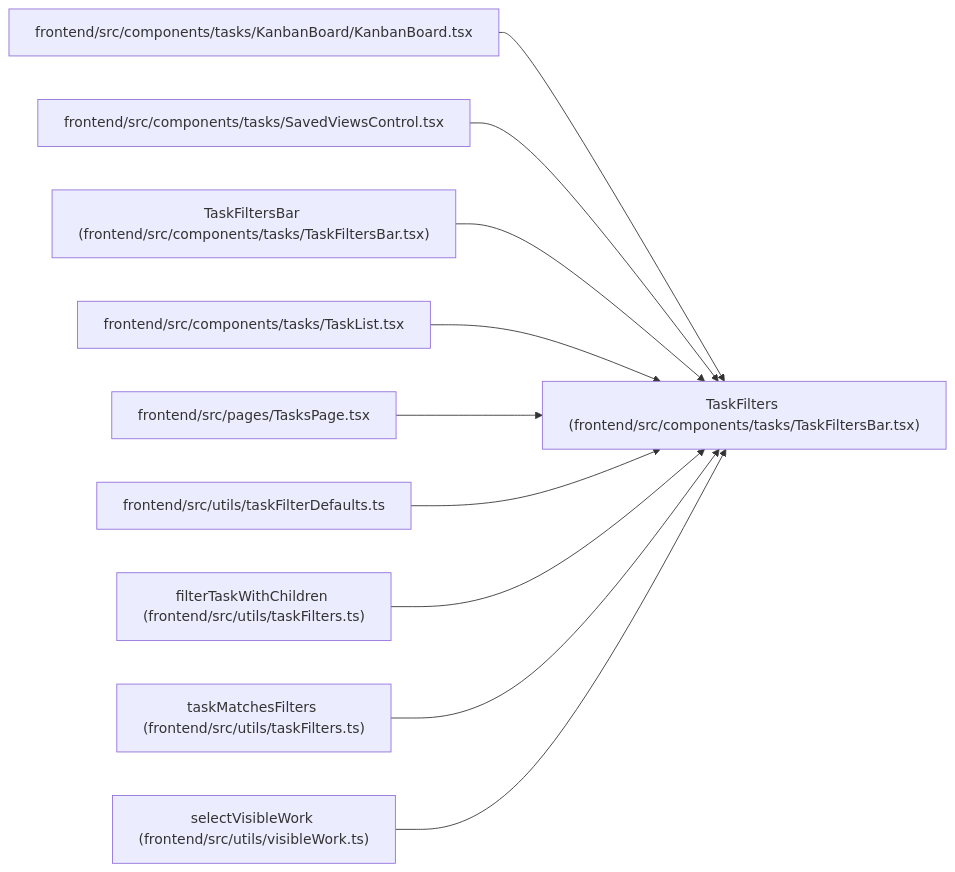
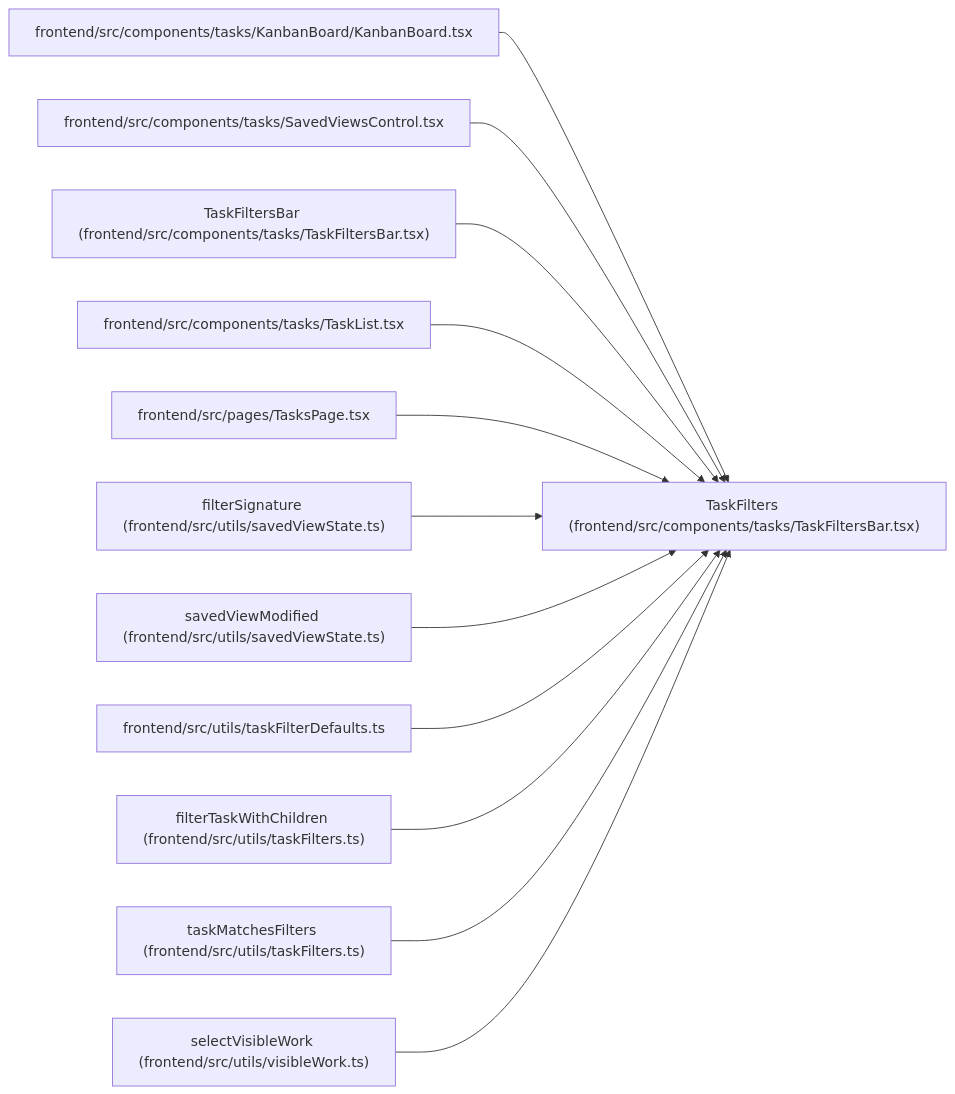
Before and after one commit to Denissvgn/WorkChord: the diagram in docs/llm_wiki/entities/TaskFilters.md, drawn with Mermaid. The commit also changed other lines of this file and 1888 other files, not shown here.

````diff
--- a/docs/llm_wiki/entities/TaskFilters.md
+++ b/docs/llm_wiki/entities/TaskFilters.md
@@ -39,32 +39,38 @@
 ```mermaid
 flowchart LR
     n0["TaskFilters (frontend/src/components/tasks/TaskFiltersBar.tsx)"]
     n1["frontend/src/components/tasks/KanbanBoard/KanbanBoard.tsx"]
     n2["frontend/src/components/tasks/SavedViewsControl.tsx"]
     n3["TaskFiltersBar (frontend/src/components/tasks/TaskFiltersBar.tsx)"]
     n4["frontend/src/components/tasks/TaskList.tsx"]
     n5["frontend/src/pages/TasksPage.tsx"]
-    n6["frontend/src/utils/taskFilterDefaults.ts"]
-    n7["filterTaskWithChildren (frontend/src/utils/taskFilters.ts)"]
-    n8["taskMatchesFilters (frontend/src/utils/taskFilters.ts)"]
-    n9["selectVisibleWork (frontend/src/utils/visibleWork.ts)"]
+    n6["filterSignature (frontend/src/utils/savedViewState.ts)"]
+    n7["savedViewModified (frontend/src/utils/savedViewState.ts)"]
+    n8["frontend/src/utils/taskFilterDefaults.ts"]
+    n9["filterTaskWithChildren (frontend/src/utils/taskFilters.ts)"]
+    n10["taskMatchesFilters (frontend/src/utils/taskFilters.ts)"]
+    n11["selectVisibleWork (frontend/src/utils/visibleWork.ts)"]
     n1 --> n0
     n2 --> n0
     n3 --> n0
     n4 --> n0
     n5 --> n0
     n6 --> n0
     n7 --> n0
     n8 --> n0
     n9 --> n0
+    n10 --> n0
+    n11 --> n0
     click n0 "../modules/TaskFiltersBar.md"
     click n1 "../modules/KanbanBoard.md"
     click n2 "../modules/SavedViewsControl.md"
     click n3 "../modules/TaskFiltersBar.md"
     click n4 "../modules/TaskList.md"
     click n5 "../modules/TasksPage.md"
-    click n6 "../modules/taskFilterDefaults.md"
-    click n7 "../modules/taskFilters.md"
-    click n8 "../modules/taskFilters.md"
-    click n9 "../modules/visibleWork.md"
+    click n6 "../modules/savedViewState.md"
+    click n7 "../modules/savedViewState.md"
+    click n8 "../modules/taskFilterDefaults.md"
+    click n9 "../modules/taskFilters.md"
+    click n10 "../modules/taskFilters.md"
+    click n11 "../modules/visibleWork.md"
 ```
````
